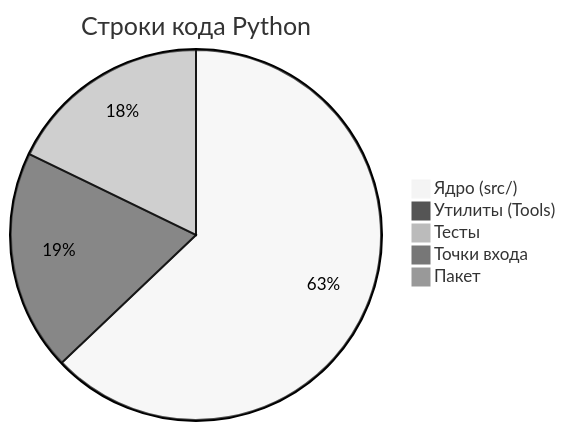
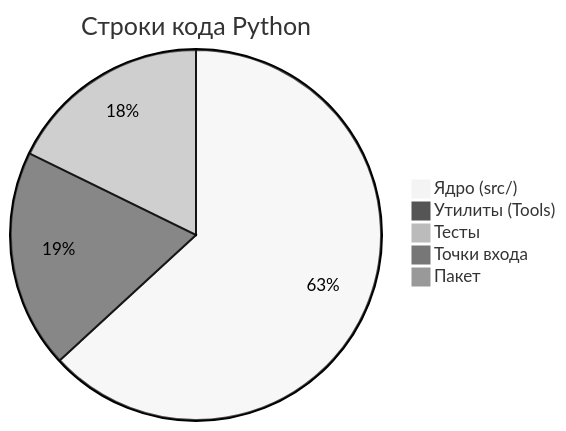
One commit to OrionFLASH/SPOD_PARCE_LOAD changed the second of 5 diagrams in Docs/CODEBASE_ANALYTICS.md. Above: the diagram before and after it, drawn with Mermaid (neutral theme). The commit also changed other lines of this file and 3 other files, not shown here.

````diff
--- a/Docs/CODEBASE_ANALYTICS.md
+++ b/Docs/CODEBASE_ANALYTICS.md
@@ -79,8 +79,8 @@
 ```mermaid
 pie title Строки кода Python
-    "Ядро (src/)" : 22857
-    "Утилиты (Tools)" : 7014
-    "Тесты" : 6472
+    "Ядро (src/)" : 23227
+    "Утилиты (Tools)" : 7018
+    "Тесты" : 6528
     "Точки входа" : 15
     "Пакет" : 2
 ```
````
